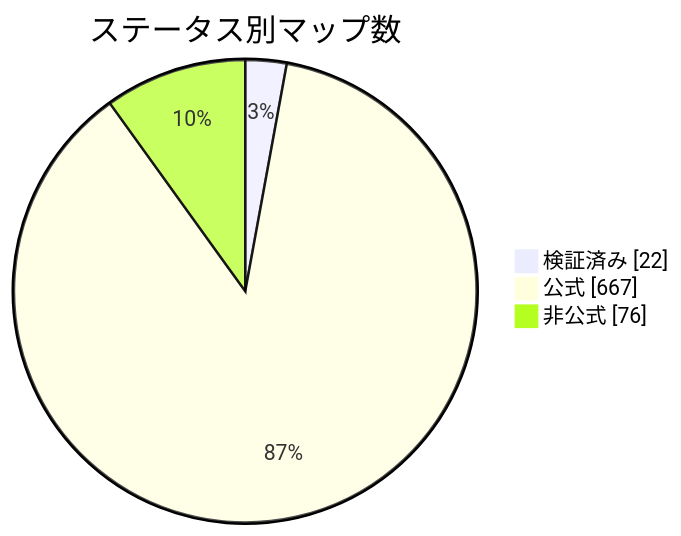
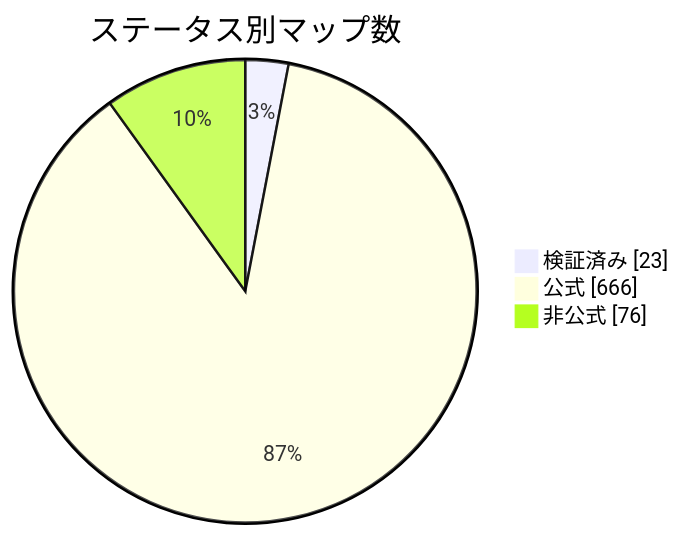
Before and after one commit to nobrega8/mbmap-library: the diagram in docs/readme/README_JP.md, drawn with Mermaid. The commit also changed 6 other files, not shown here.

````diff
--- a/docs/readme/README_JP.md
+++ b/docs/readme/README_JP.md
@@ -54,7 +54,7 @@
 ```mermaid
 pie showData
     title ステータス別マップ数
-    "検証済み" : 22
-    "公式" : 667
+    "検証済み" : 23
+    "公式" : 666
     "非公式" : 76
 ```
````
